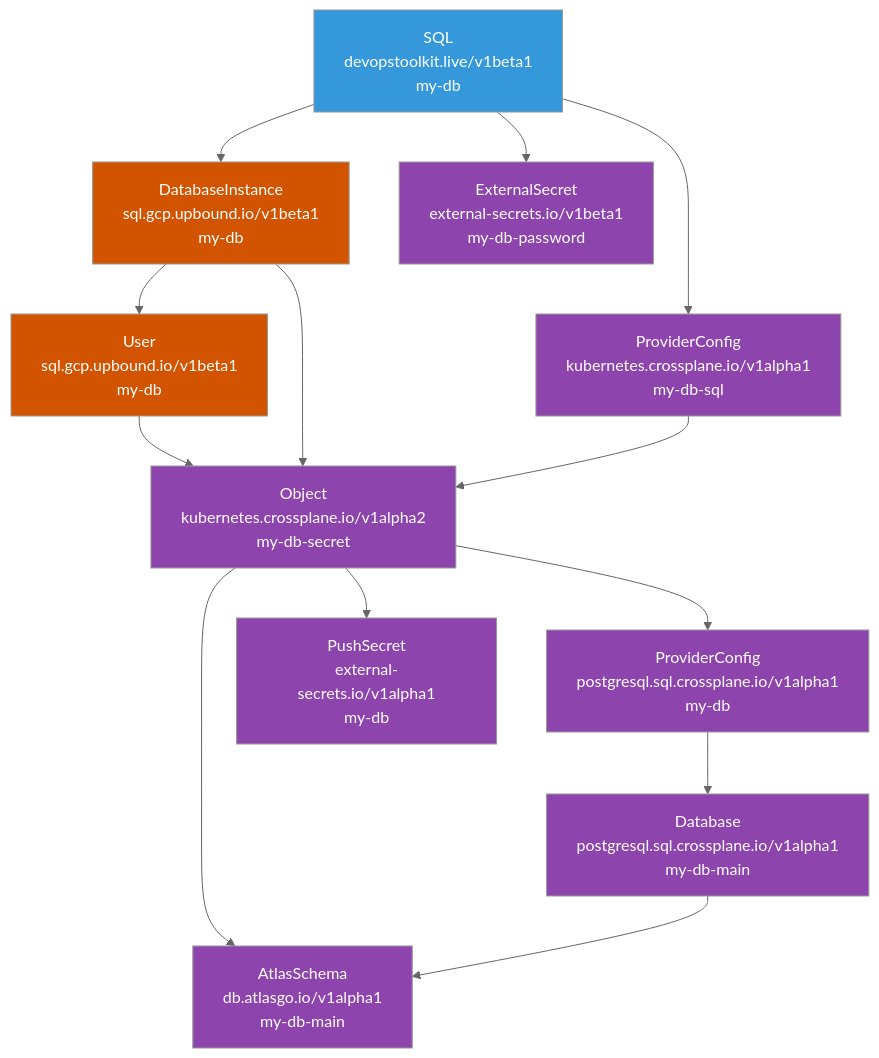
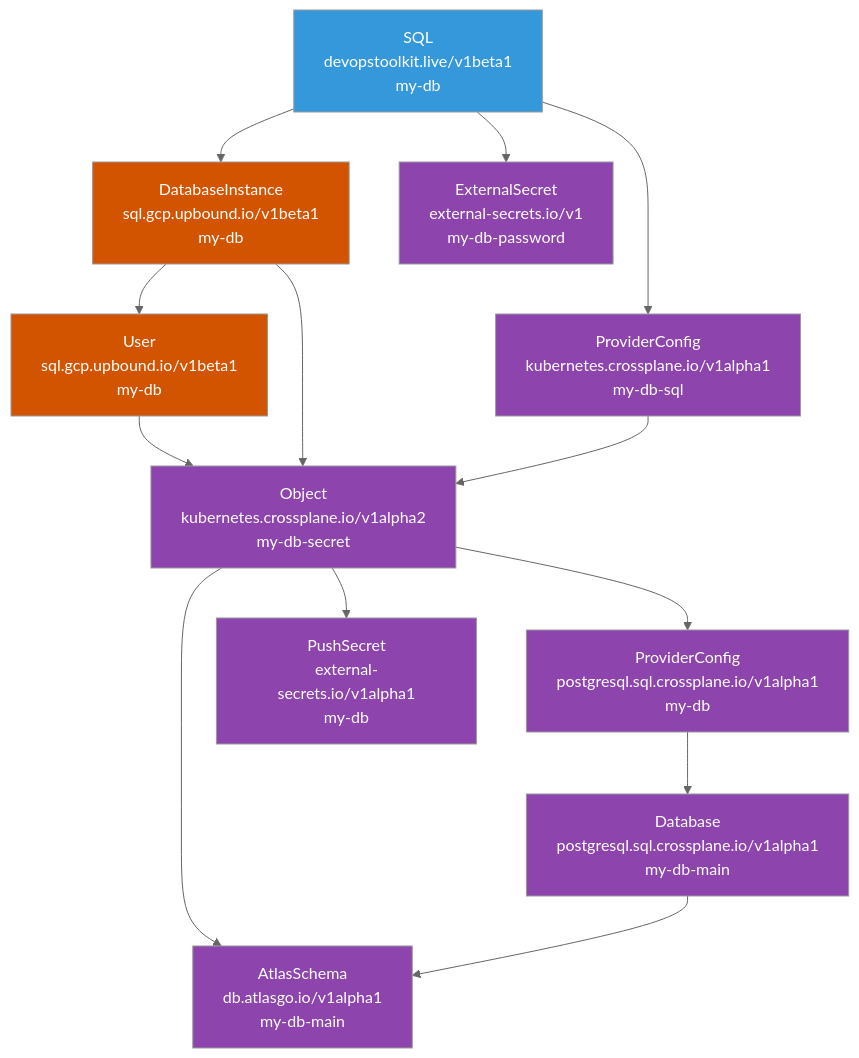
The diagram in examples/diag-google-eso.md (vfarcic/crossplane-sql), drawn with Mermaid (neutral theme) before and after one commit. The commit also changed 10 other files, not shown here.

````diff
--- a/examples/diag-google-eso.md
+++ b/examples/diag-google-eso.md
@@ -41,41 +41,41 @@
 ```mermaid
 flowchart TD
     classDef compositeResource fill:#3498db,color:white
     classDef googleResource fill:#D35400,color:white
     classDef otherResource fill:#8E44AD,color:white
 
     SQL["SQL<br>devopstoolkit.live/v1beta1<br>my-db"]:::compositeResource
     
     %% Google Cloud Resources
     DatabaseInstance["DatabaseInstance<br>sql.gcp.upbound.io/v1beta1<br>my-db"]:::googleResource
     User["User<br>sql.gcp.upbound.io/v1beta1<br>my-db"]:::googleResource
     
     %% Other Resources
     KubernetesProviderConfig["ProviderConfig<br>kubernetes.crossplane.io/v1alpha1<br>my-db-sql"]:::otherResource
     PostgreSQLProviderConfig["ProviderConfig<br>postgresql.sql.crossplane.io/v1alpha1<br>my-db"]:::otherResource
     Database["Database<br>postgresql.sql.crossplane.io/v1alpha1<br>my-db-main"]:::otherResource
     ConnectionSecret["Object<br>kubernetes.crossplane.io/v1alpha2<br>my-db-secret"]:::otherResource
-    PasswordSecret["ExternalSecret<br>external-secrets.io/v1beta1<br>my-db-password"]:::otherResource
+    PasswordSecret["ExternalSecret<br>external-secrets.io/v1<br>my-db-password"]:::otherResource
     PushSecret["PushSecret<br>external-secrets.io/v1alpha1<br>my-db"]:::otherResource
     AtlasSchema["AtlasSchema<br>db.atlasgo.io/v1alpha1<br>my-db-main"]:::otherResource
     
     %% Resource Relationships
     SQL --> DatabaseInstance
     SQL --> KubernetesProviderConfig
     SQL --> PasswordSecret
     
     DatabaseInstance --> User
     
     User --> ConnectionSecret
     DatabaseInstance --> ConnectionSecret
     
     KubernetesProviderConfig --> ConnectionSecret
     
     PostgreSQLProviderConfig --> Database
     ConnectionSecret --> PostgreSQLProviderConfig
     
     ConnectionSecret --> PushSecret
     ConnectionSecret --> AtlasSchema
     
     Database --> AtlasSchema
 ```
````
